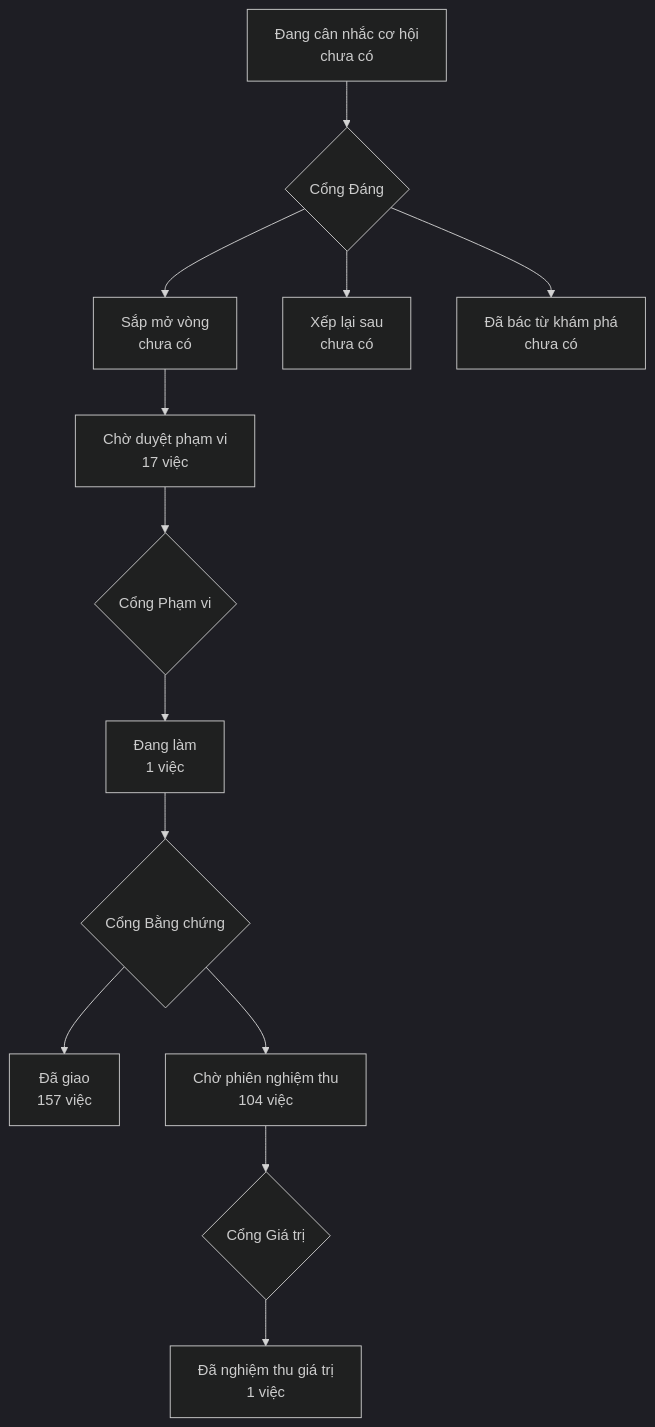
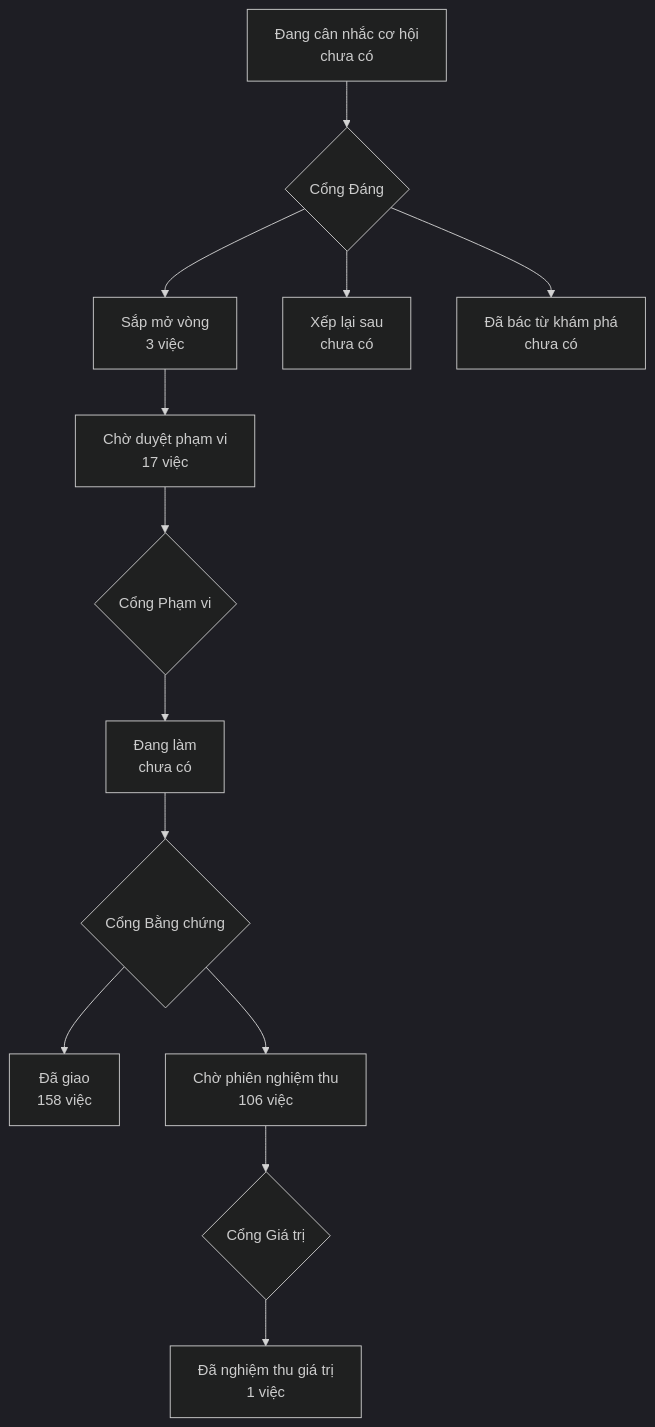
Before and after one commit to phanlemanh/onehub-invest: the diagram in PRODUCT-MAP.md, drawn with Mermaid (dark theme). The commit also changed other lines of this file and 5 other files, not shown here.

````diff
--- a/PRODUCT-MAP.md
+++ b/PRODUCT-MAP.md
@@ -7,12 +7,12 @@
 ```mermaid
 flowchart TD
   A["Đang cân nhắc cơ hội<br/>chưa có"] --> GD{"Cổng Đáng"}
-  GD --> B["Sắp mở vòng<br/>chưa có"]
+  GD --> B["Sắp mở vòng<br/>3 việc"]
   GD --> XL["Xếp lại sau<br/>chưa có"]
   GD --> DB["Đã bác từ khám phá<br/>chưa có"]
   B --> CD["Chờ duyệt phạm vi<br/>17 việc"] --> GP{"Cổng Phạm vi"}
-  GP --> DL["Đang làm<br/>1 việc"] --> GB{"Cổng Bằng chứng"}
-  GB --> DG["Đã giao<br/>157 việc"]
-  GB --> CN["Chờ phiên nghiệm thu<br/>104 việc"] --> GG{"Cổng Giá trị"}
+  GP --> DL["Đang làm<br/>chưa có"] --> GB{"Cổng Bằng chứng"}
+  GB --> DG["Đã giao<br/>158 việc"]
+  GB --> CN["Chờ phiên nghiệm thu<br/>106 việc"] --> GG{"Cổng Giá trị"}
   GG --> NT["Đã nghiệm thu giá trị<br/>1 việc"]
 ```
````
